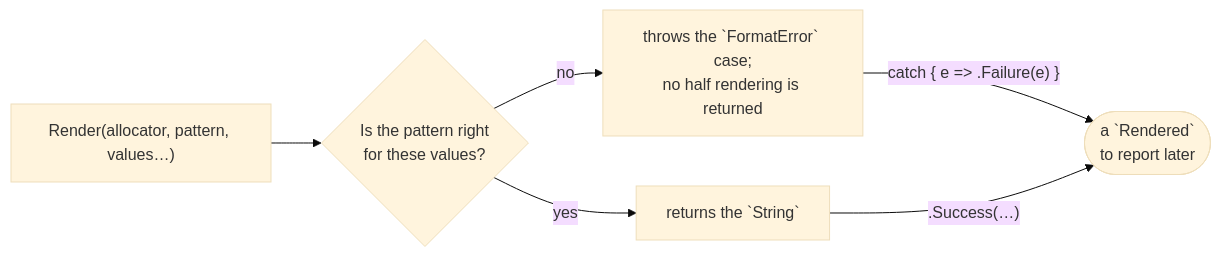
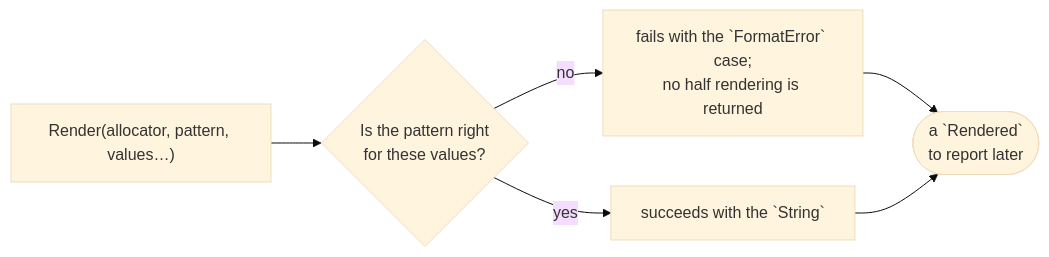
The diagram in content/docs/1.learn/14.text/11.render.md (rux-lang/Web), drawn with Mermaid (base theme) before and after one commit. The commit also changed other lines of this file and 38 other files, not shown here.

````diff
--- a/content/docs/1.learn/14.text/11.render.md
+++ b/content/docs/1.learn/14.text/11.render.md
@@ -114,8 +117,8 @@
 ```mermaid
 flowchart LR
     r["`Render(allocator, pattern, values…)`"] --> c{"Is the pattern right<br/>for these values?"}
-    c -- "no" --> f["throws the `FormatError` case;<br/>no half rendering is returned"]
-    c -- "yes" --> s["returns the `String`"]
-    f -- "`catch { e => .Failure(e) }`" --> kept(["a `Rendered`<br/>to report later"])
-    s -- "`.Success(…)`" --> kept
+    c -- "no" --> f["fails with the `FormatError` case;<br/>no half rendering is returned"]
+    c -- "yes" --> s["succeeds with the `String`"]
+    f --> kept(["a `Rendered`<br/>to report later"])
+    s --> kept
 ```
````
